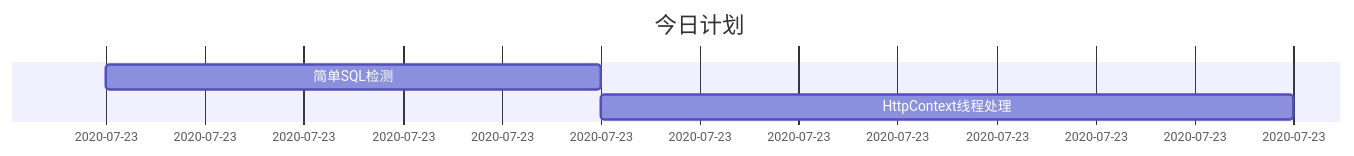
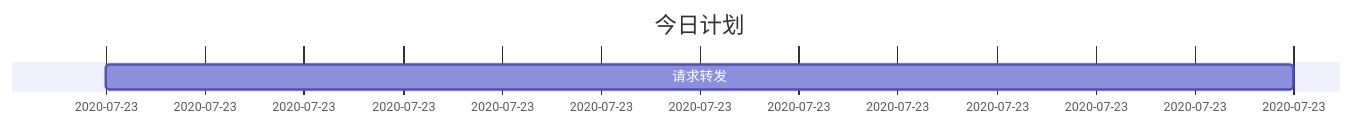
The third of 3 diagrams in Plan.md (luotianqi777/Notebook), drawn with Mermaid before and after one commit. The commit also changed other lines of this file, not shown here.

````diff
--- a/Plan.md
+++ b/Plan.md
@@ -20,7 +42,6 @@
 ```mermaid
 gantt
 dateFormat  HH:mm
 title 今日计划
-简单SQL检测: 09:00, 14:00
-HttpContext线程处理: 14:00,21:00
+请求转发: 09:00,21:00
 ```
````
